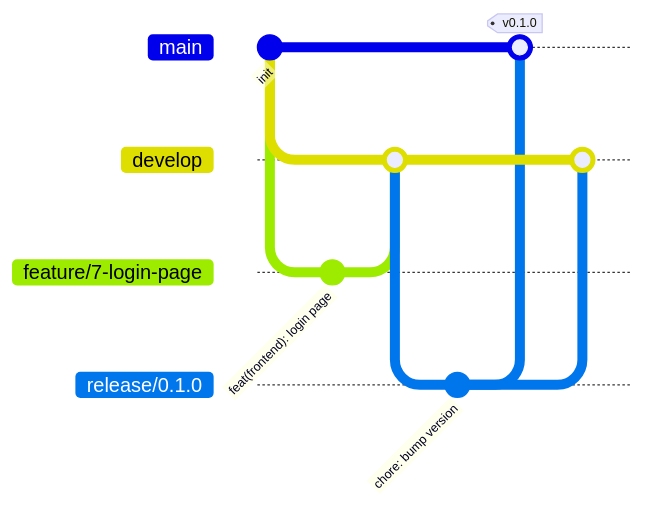
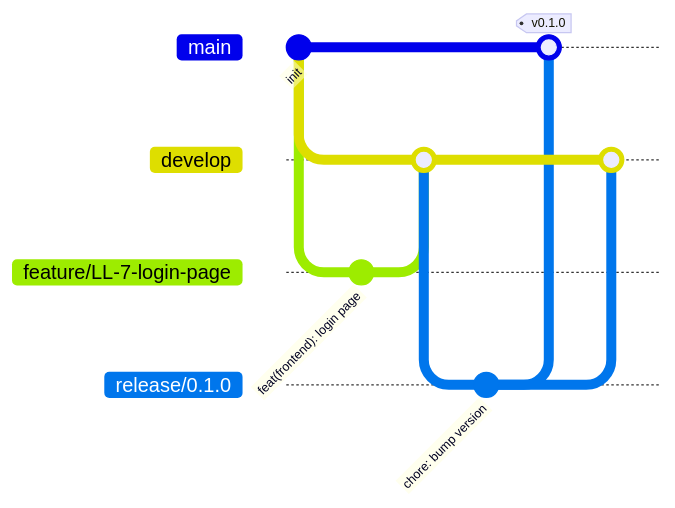
Before and after one commit to AbadieThomasPro/Gestion-de-projet: the first of 2 diagrams in README.md, drawn with Mermaid. The commit also changed other lines of this file and 9 other files, not shown here.

````diff
--- a/README.md
+++ b/README.md
@@ -139,16 +137,16 @@
 ```mermaid
 gitGraph
     commit id: "init"
     branch develop
     checkout develop
-    branch feature/7-login-page
+    branch feature/LL-7-login-page
     commit id: "feat(frontend): login page"
     checkout develop
-    merge feature/7-login-page
+    merge feature/LL-7-login-page
     branch release/0.1.0
     commit id: "chore: bump version"
     checkout main
     merge release/0.1.0 tag: "v0.1.0"
     checkout develop
     merge release/0.1.0
 ```
````
